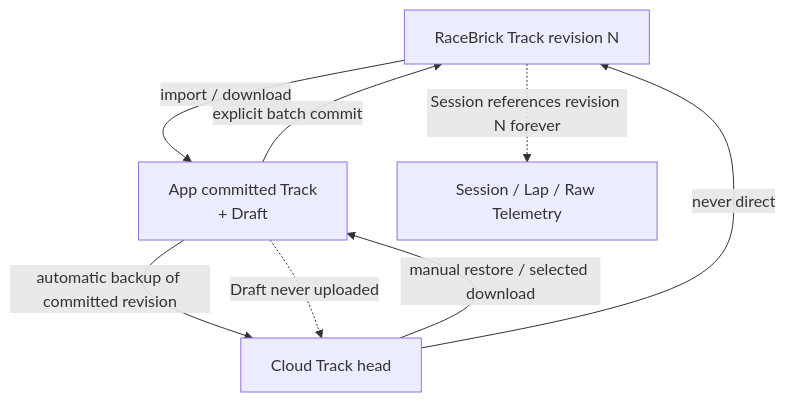
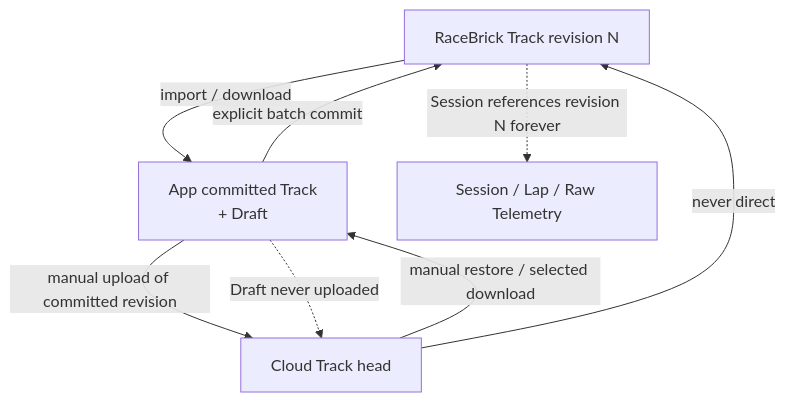
Before and after one commit to TJiangF/RaceBrick: the third of 7 diagrams in docs/THREE_TIER_ARCHITECTURE.md, drawn with Mermaid. The commit also changed other lines of this file and 2 other files, not shown here.

Commit message:
Align sync design with manual cloud and old log removal

````diff
--- a/docs/THREE_TIER_ARCHITECTURE.md
+++ b/docs/THREE_TIER_ARCHITECTURE.md
@@ -551,15 +553,15 @@
 ```mermaid
 flowchart TB
     D["RaceBrick Track revision N"]
     A["App committed Track<br/>+ Draft"]
     C["Cloud Track head"]
 
     D -->|"import / download"| A
     A -->|"explicit batch commit"| D
-    A -->|"automatic backup of committed revision"| C
+    A -->|"manual upload of committed revision"| C
     C -->|"manual restore / selected download"| A
     C -->|"never direct"| D
 
     A -.->|"Draft never uploaded"| C
     D -.->|"Session references revision N forever"| S["Session / Lap / Raw Telemetry"]
 ```
````
